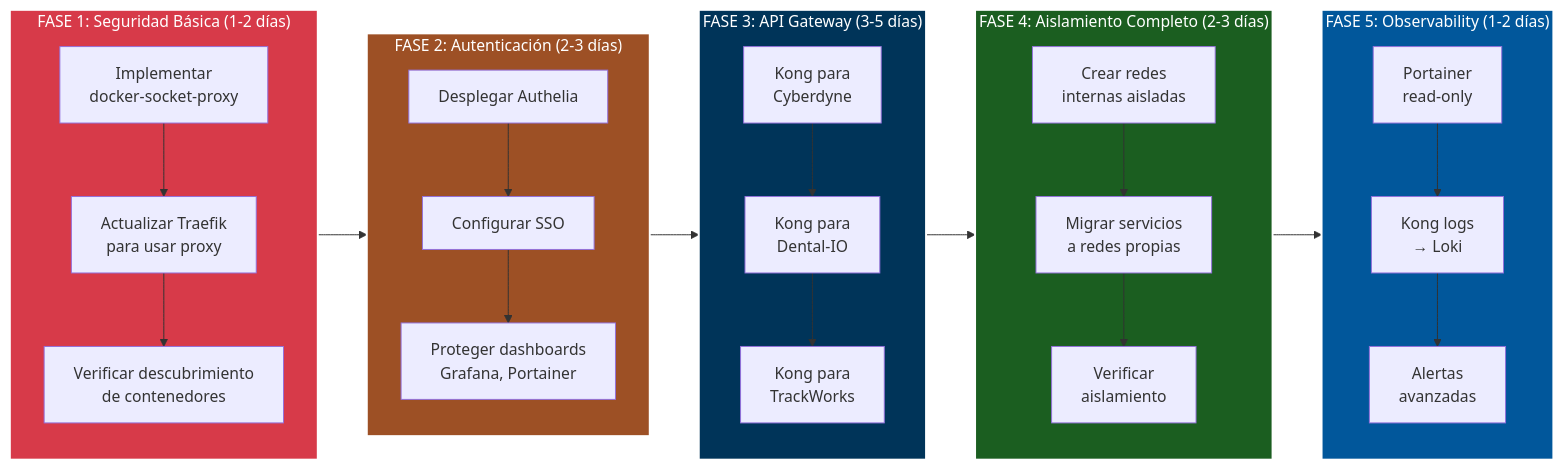
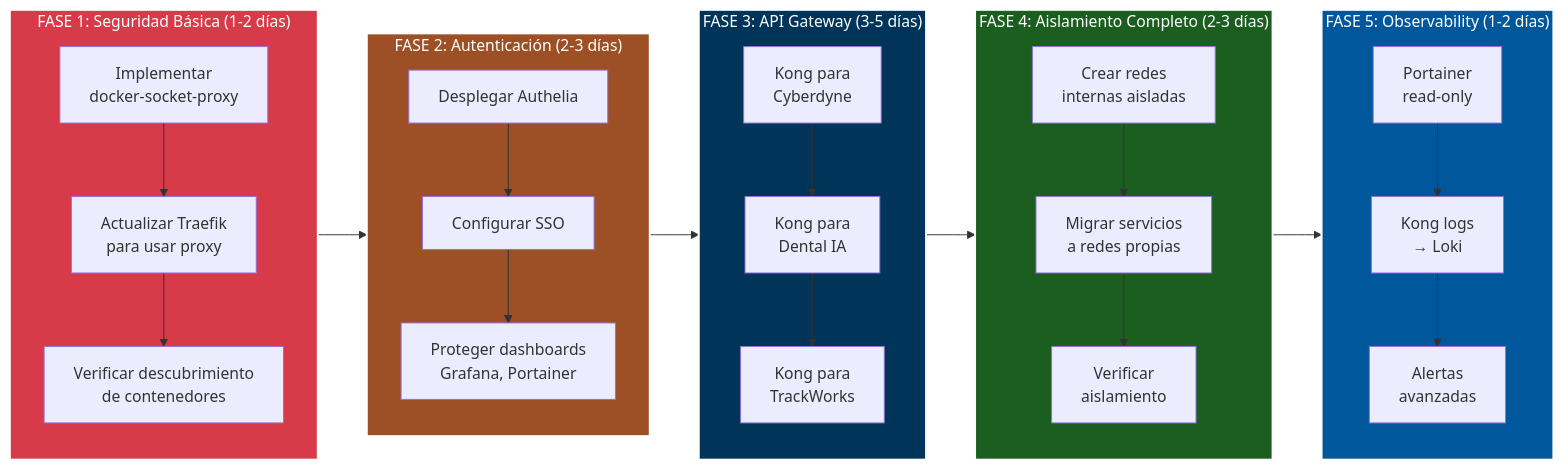
Before and after one commit to TechnoSpartan/iac-code-spartan: the third of 3 diagrams in docs/02-architecture/ARCHITECTURE.md, drawn with Mermaid. The commit also changed other lines of this file and 22 other files, not shown here.

Commit message:
docs: update architecture docs, add agent guidance and blog drafts

````diff
--- a/docs/02-architecture/ARCHITECTURE.md
+++ b/docs/02-architecture/ARCHITECTURE.md
@@ -297,45 +297,45 @@
 ```mermaid
 graph LR
     subgraph Fase1["FASE 1: Seguridad Básica (1-2 días)"]
         A1[Implementar<br/>docker-socket-proxy]
         A2[Actualizar Traefik<br/>para usar proxy]
         A3[Verificar descubrimiento<br/>de contenedores]
         A1 --> A2 --> A3
     end
 
     subgraph Fase2["FASE 2: Autenticación (2-3 días)"]
         B1[Desplegar Authelia]
         B2[Configurar SSO]
         B3[Proteger dashboards<br/>Grafana, Portainer]
         B1 --> B2 --> B3
     end
 
     subgraph Fase3["FASE 3: API Gateway (3-5 días)"]
         C1[Kong para<br/>Cyberdyne]
-        C2[Kong para<br/>Dental-IO]
+        C2[Kong para<br/>Dental IA]
         C3[Kong para<br/>TrackWorks]
         C1 --> C2 --> C3
     end
 
     subgraph Fase4["FASE 4: Aislamiento Completo (2-3 días)"]
         D1[Crear redes<br/>internas aisladas]
         D2[Migrar servicios<br/>a redes propias]
         D3[Verificar<br/>aislamiento]
         D1 --> D2 --> D3
     end
 
     subgraph Fase5["FASE 5: Observability (1-2 días)"]
         E1[Portainer<br/>read-only]
         E2[Kong logs<br/>→ Loki]
         E3[Alertas<br/>avanzadas]
         E1 --> E2 --> E3
     end
 
     Fase1 --> Fase2 --> Fase3 --> Fase4 --> Fase5
 
     style Fase1 fill:#d73a49,stroke:#fff,stroke-width:2px,color:#fff
     style Fase2 fill:#9d5025,stroke:#fff,stroke-width:2px,color:#fff
     style Fase3 fill:#003459,stroke:#fff,stroke-width:2px,color:#fff
     style Fase4 fill:#1b5e20,stroke:#fff,stroke-width:2px,color:#fff
     style Fase5 fill:#01579b,stroke:#fff,stroke-width:2px,color:#fff
 ```
````
